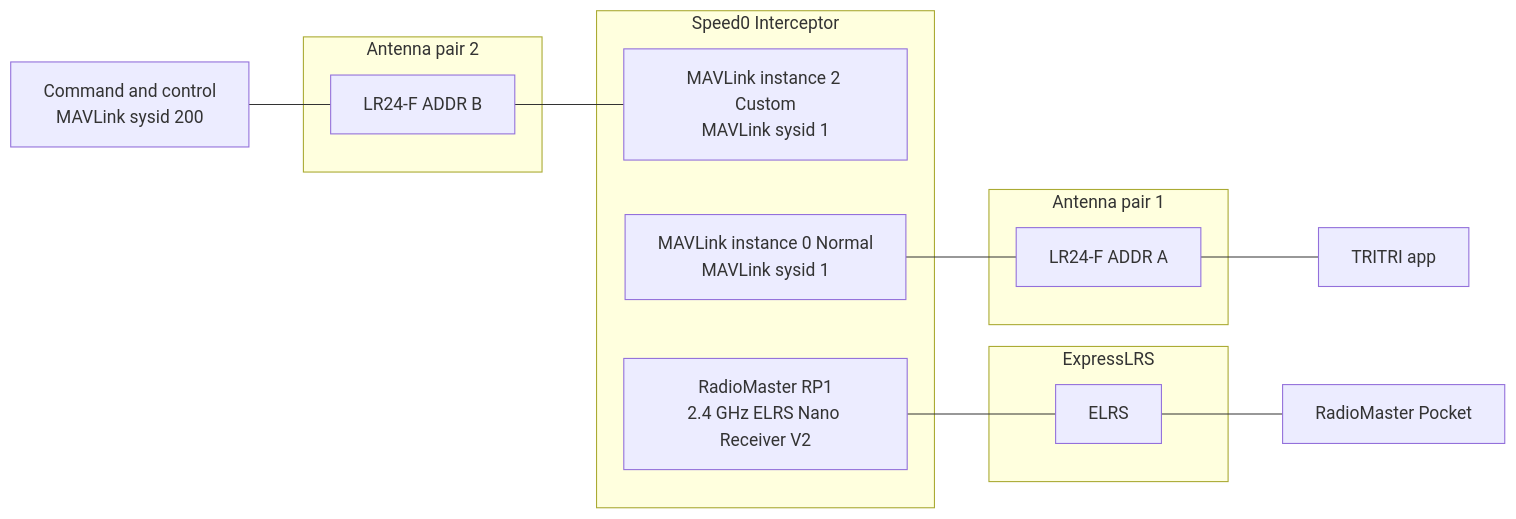
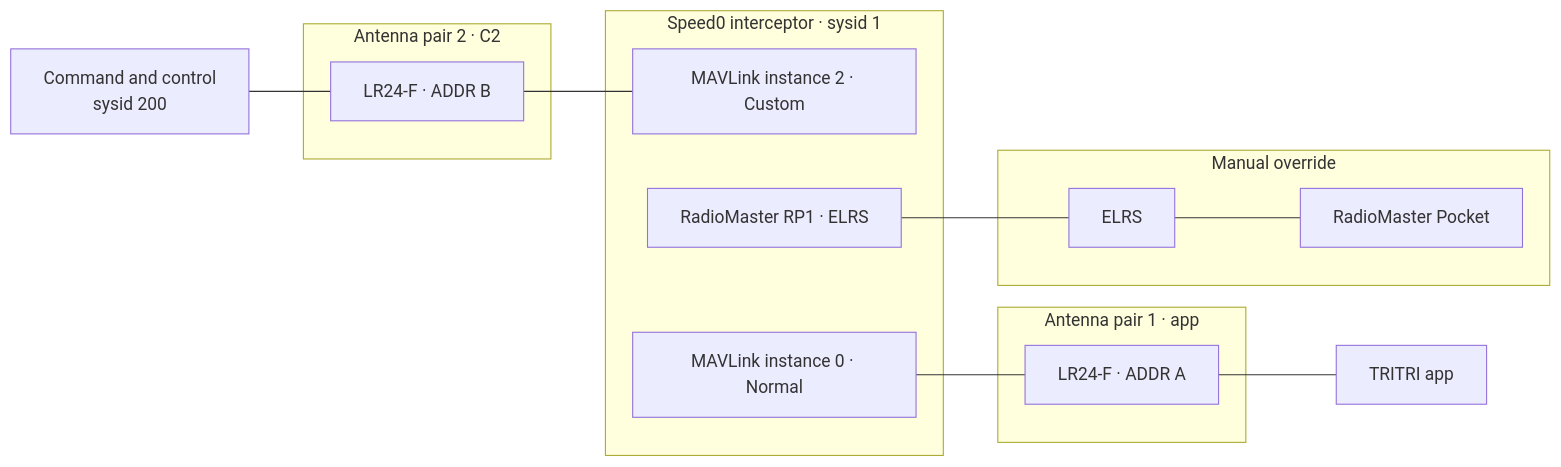
The diagram in docs/diagrams/architecture.mmd (tritrisi/mavlink-tritri), drawn with Mermaid before and after one commit. The commit also changed 5 other files, not shown here.

First line of the commit message:
docs(c2): simplify architecture and engagement diagrams

```diff
--- a/docs/diagrams/architecture.mmd
+++ b/docs/diagrams/architecture.mmd
@@ -1,31 +1,30 @@
 flowchart LR
-  C2["Command and control<br/>MAVLink sysid 200"]
+  C2["Command and control<br/>sysid 200"]
 
-  subgraph pair2["Antenna pair 2"]
-    RC["LR24-F ADDR B"]
+  subgraph pair2["Antenna pair 2 · C2"]
+    RC["LR24-F · ADDR B"]
   end
 
-  subgraph icept["Speed0 Interceptor"]
-    I2["MAVLink instance 2 Custom<br/>MAVLink sysid 1"]
-    I0["MAVLink instance 0 Normal<br/>MAVLink sysid 1"]
-    RX["RadioMaster RP1<br/>2.4 GHz ELRS Nano Receiver V2"]
+  subgraph icept["Speed0 interceptor · sysid 1"]
+    I2["MAVLink instance 2 · Custom"]
+    I0["MAVLink instance 0 · Normal"]
+    RX["RadioMaster RP1 · ELRS"]
   end
 
-  subgraph pair1["Antenna pair 1"]
-    RQ["LR24-F ADDR A"]
+  subgraph pair1["Antenna pair 1 · app"]
+    RQ["LR24-F · ADDR A"]
   end
 
   APP["TRITRI app"]
 
-  subgraph elrs["ExpressLRS"]
+  subgraph elrs["Manual override"]
     E["ELRS"]
+    RM["RadioMaster Pocket"]
   end
-
-  RM["RadioMaster Pocket"]
 
   C2 --- RC
   RC --- I2
   I0 --- RQ
   RQ --- APP
   RX --- E
   E --- RM
```
